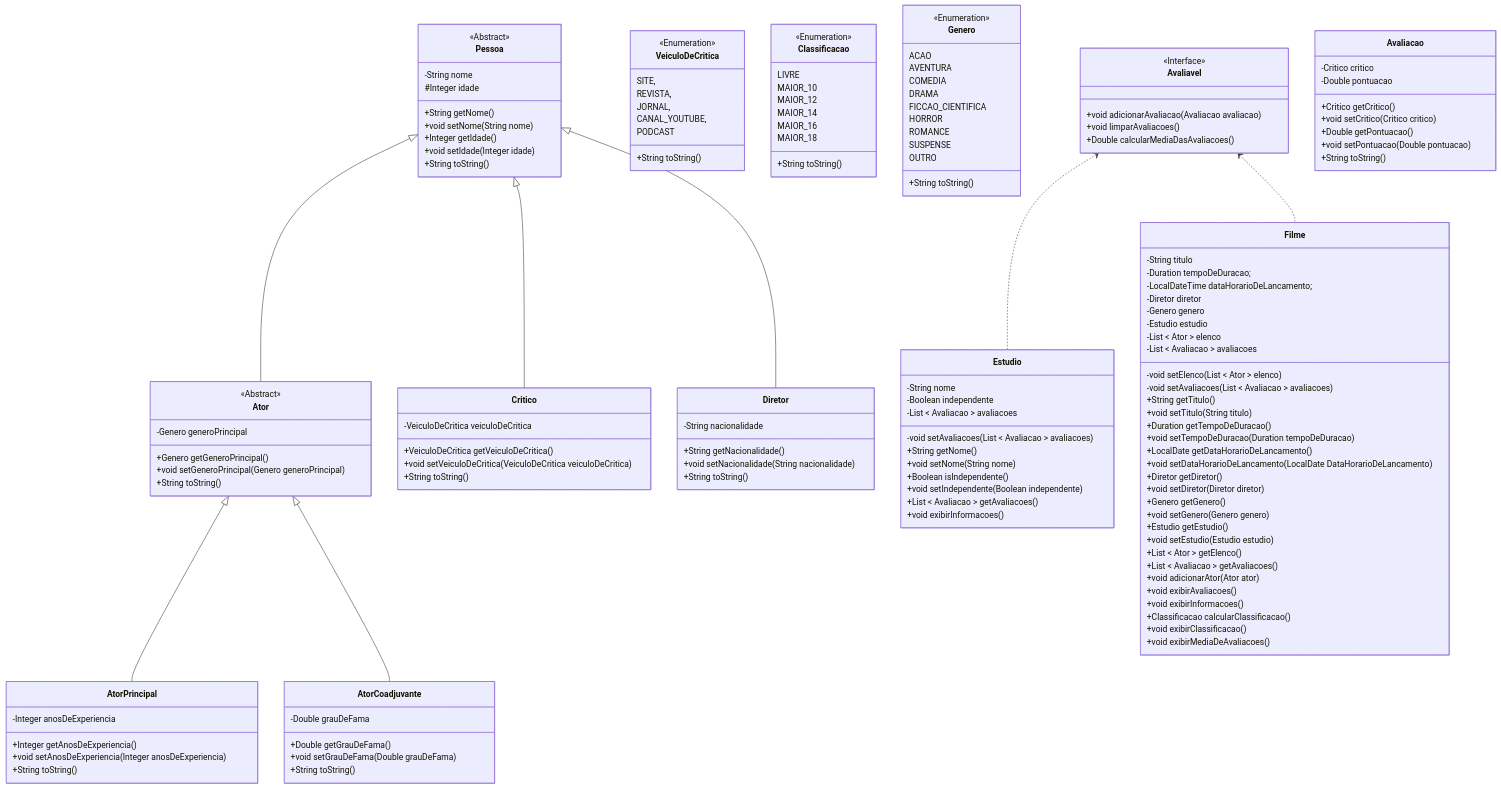
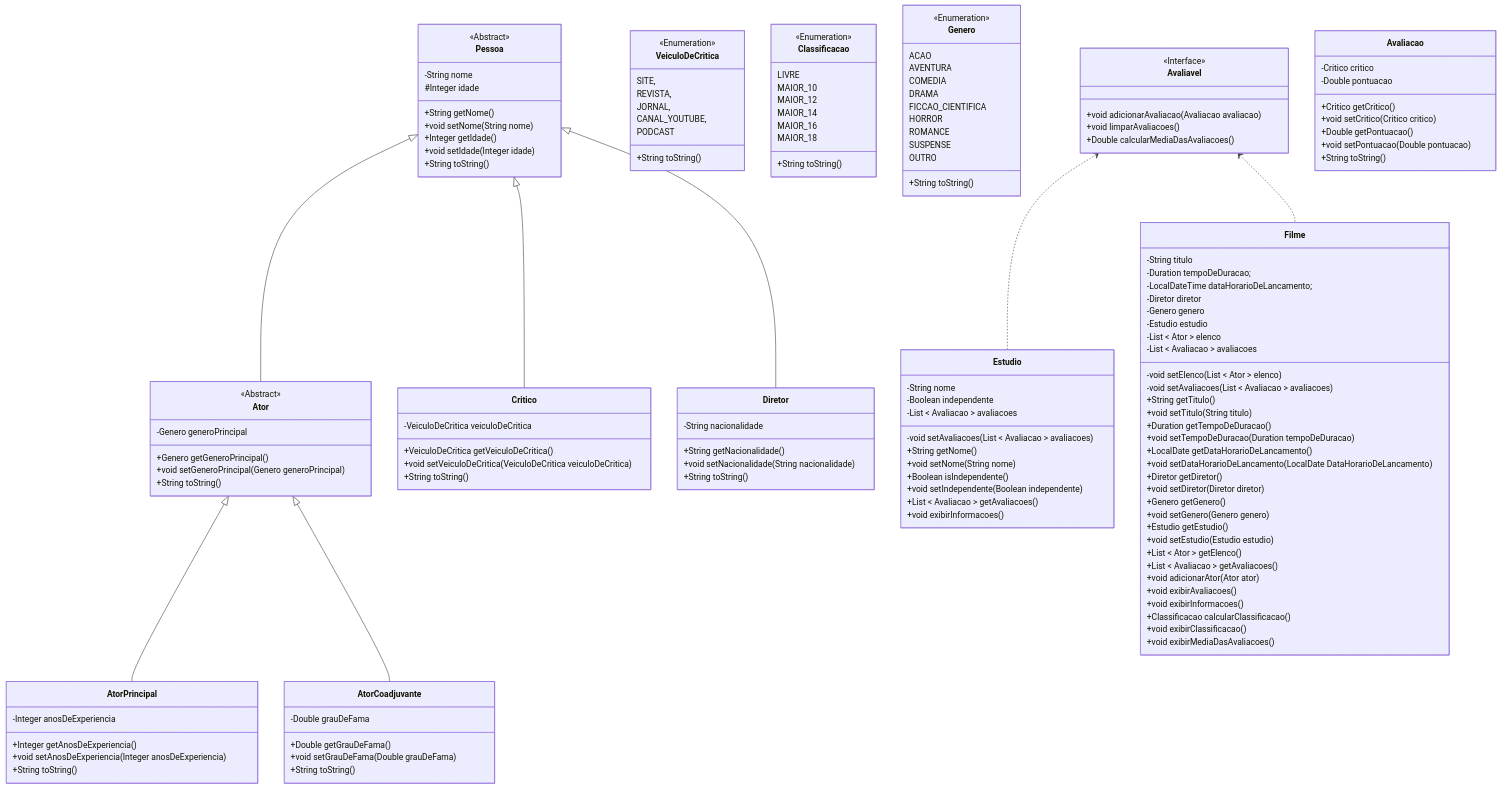
Before and after one commit to heltonricardo/enunciados-exercicios-java: the diagram in exercicio-003/versao-001/README.md, drawn with Mermaid. The commit also changed other lines of this file, not shown here.

Commit message:
exercicio 3-1

```diff
--- a/exercicio-003/versao-001/README.md
+++ b/exercicio-003/versao-001/README.md
@@ -153,7 +153,7 @@
   +void exibirInformacoes()
   +Classificacao calcularClassificacao()
   +void exibirClassificacao()
-  +void exibirMediaDeAvaliacoes()
+  +void exibirMediaDasAvaliacoes()
 }
 
 class Avaliavel {
```
